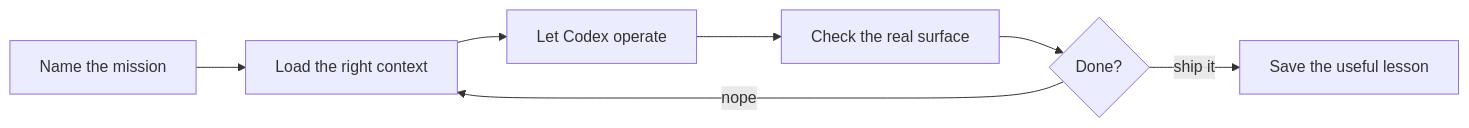
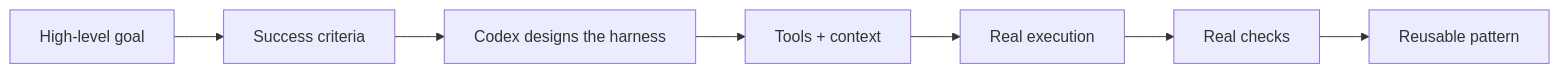
One commit to jremick/codexmaxxing changed the diagram in README.md. Above: the diagram before and after it, drawn with Mermaid. The commit also changed other lines of this file and 22 other files, not shown here.

````diff
--- a/README.md
+++ b/README.md
@@ -22,9 +25,9 @@
 ```mermaid
 flowchart LR
-  A["Name the mission"] --> B["Load the right context"]
-  B --> C["Let Codex operate"]
-  C --> D["Check the real surface"]
-  D --> E{"Done?"}
-  E -- "nope" --> B
-  E -- "ship it" --> F["Save the useful lesson"]
+  A["High-level goal"] --> B["Success criteria"]
+  B --> C["Codex designs the harness"]
+  C --> D["Tools + context"]
+  D --> E["Real execution"]
+  E --> F["Real checks"]
+  F --> G["Reusable pattern"]
 ```
````
